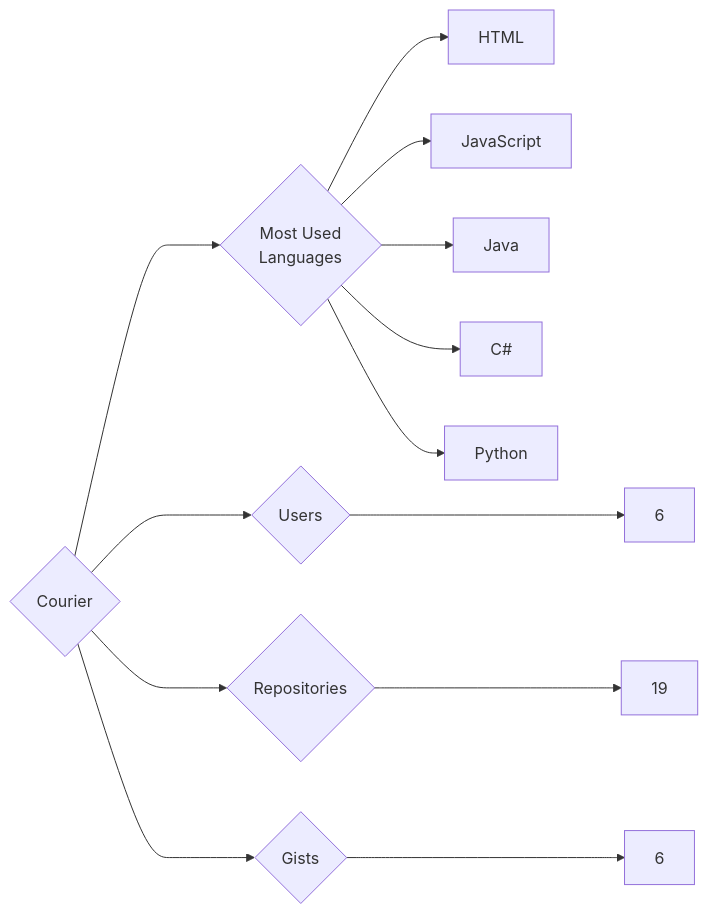
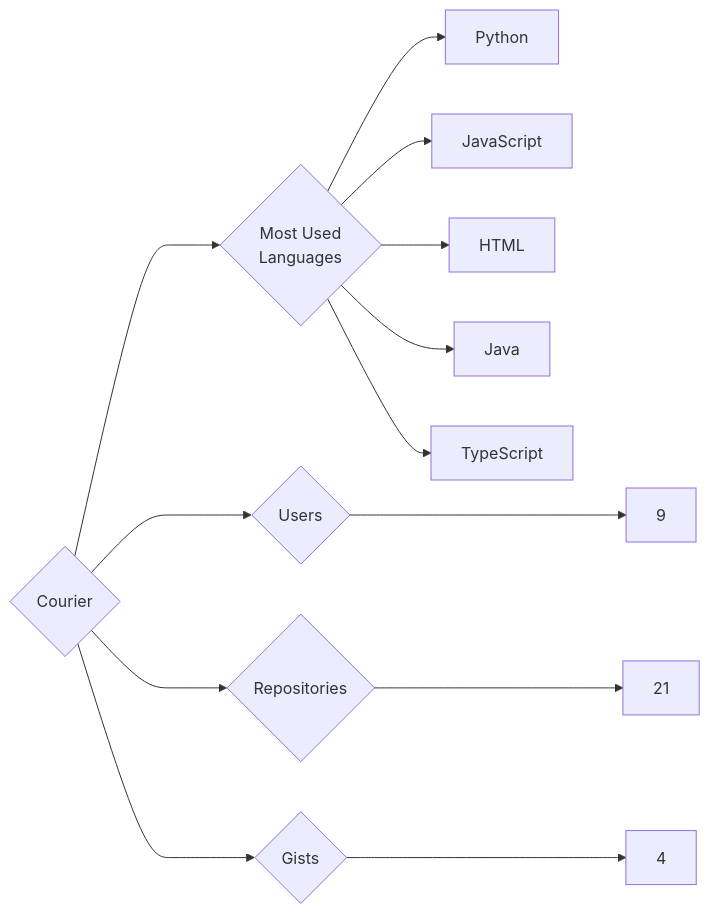
One commit to trickest/insiders changed the diagram in targets/Courier/README.md. Above: the diagram before and after it, drawn with Mermaid. The commit also changed 773 other files, not shown here.

````diff
--- a/targets/Courier/README.md
+++ b/targets/Courier/README.md
@@ -3,13 +3,13 @@
 ```mermaid
 graph LR
 COMPANY_NAME{Courier}
-COMPANY_NAME ---> U{Users} ---> UN[6]
-COMPANY_NAME ---> R{Repositories} ---> RN[19]
-COMPANY_NAME ---> G{Gists} ---> GN[6]
+COMPANY_NAME ---> U{Users} ---> UN[9]
+COMPANY_NAME ---> R{Repositories} ---> RN[21]
+COMPANY_NAME ---> G{Gists} ---> GN[4]
 COMPANY_NAME ---> ML{Most Used<br>Languages}
+ML --> Python[Python]
+ML --> JavaScript[JavaScript]
 ML --> HTML[HTML]
-ML --> JavaScript[JavaScript]
 ML --> Java[Java]
-ML --> C#[C#]
-ML --> Python[Python]
+ML --> TypeScript[TypeScript]
 ```
````
